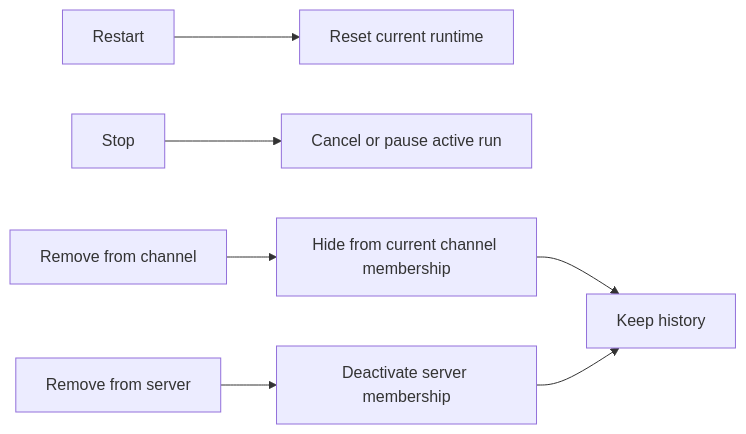
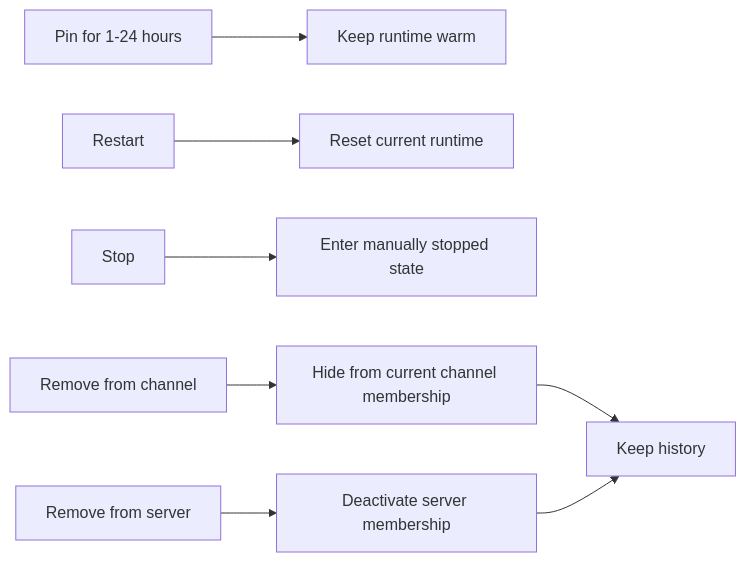
The third of 3 diagrams in content/docs/en/features/server-collaboration/persistent-agents.mdx (ffy6511/poco-docs-vercel), drawn with Mermaid before and after one commit. The commit also changed other lines of this file and 3 other files, not shown here.

````diff
--- a/content/docs/en/features/server-collaboration/persistent-agents.mdx
+++ b/content/docs/en/features/server-collaboration/persistent-agents.mdx
@@ -55,9 +59,10 @@
 ```mermaid
 flowchart LR
-    A["Restart"] --> B["Reset current runtime"]
-    C["Stop"] --> D["Cancel or pause active run"]
-    E["Remove from channel"] --> F["Hide from current channel membership"]
-    G["Remove from server"] --> H["Deactivate server membership"]
-    F --> I["Keep history"]
-    H --> I
+    A["Pin for 1-24 hours"] --> B["Keep runtime warm"]
+    C["Restart"] --> D["Reset current runtime"]
+    E["Stop"] --> F["Enter manually stopped state"]
+    G["Remove from channel"] --> H["Hide from current channel membership"]
+    I["Remove from server"] --> J["Deactivate server membership"]
+    H --> K["Keep history"]
+    J --> K
 ```
````
